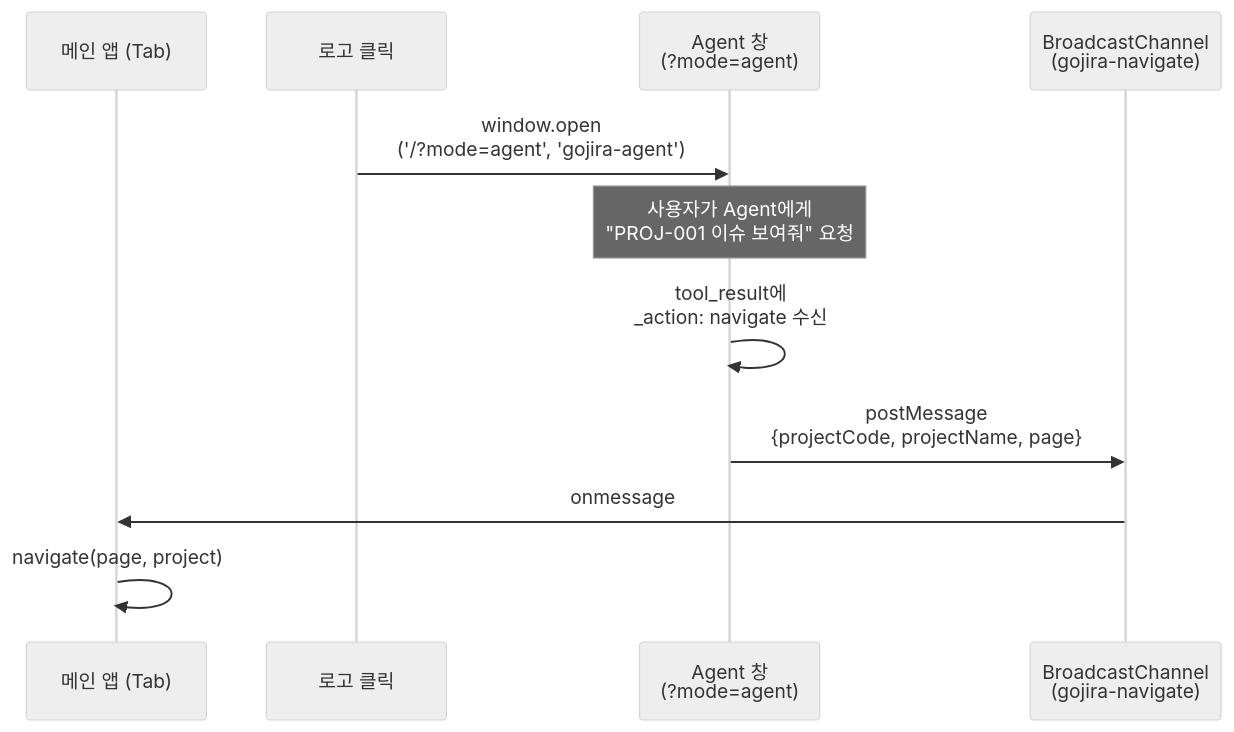
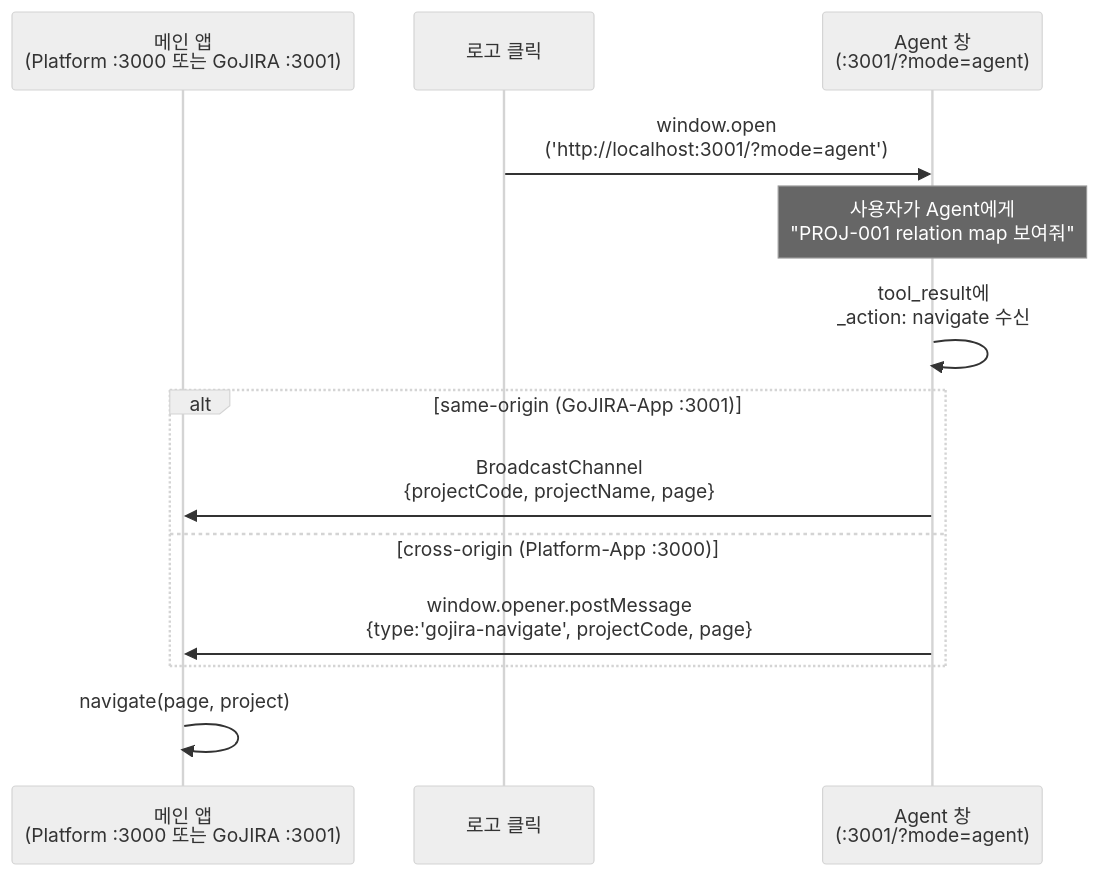
Before and after one commit to archi-duke/GoJIRA: the fifth of 6 diagrams in docs/design-application.md, drawn with Mermaid (neutral theme). The commit also changed other lines of this file and 3 other files, not shown here.

First line of the commit message:
설계문서 코드 일치 업데이트: 포트/컴포넌트 소유권/cross-origin 통신

````diff
--- a/docs/design-application.md
+++ b/docs/design-application.md
@@ -523,16 +527,20 @@
 ```mermaid
 sequenceDiagram
-    participant MainApp as 메인 앱 (Tab)
+    participant MainApp as 메인 앱<br/>(Platform :3000 또는 GoJIRA :3001)
     participant Logo as 로고 클릭
-    participant AgentWin as Agent 창<br/>(?mode=agent)
-    participant BC as BroadcastChannel<br/>(gojira-navigate)
+    participant AgentWin as Agent 창<br/>(:3001/?mode=agent)
 
-    Logo->>AgentWin: window.open<br/>('/?mode=agent', 'gojira-agent')
+    Logo->>AgentWin: window.open<br/>('http://localhost:3001/?mode=agent')
 
-    Note over AgentWin: 사용자가 Agent에게<br/>"PROJ-001 이슈 보여줘" 요청
+    Note over AgentWin: 사용자가 Agent에게<br/>"PROJ-001 relation map 보여줘"
 
     AgentWin->>AgentWin: tool_result에<br/>_action: navigate 수신
-    AgentWin->>BC: postMessage<br/>{projectCode, projectName, page}
-    BC->>MainApp: onmessage
+
+    alt same-origin (GoJIRA-App :3001)
+        AgentWin->>MainApp: BroadcastChannel<br/>{projectCode, projectName, page}
+    else cross-origin (Platform-App :3000)
+        AgentWin->>MainApp: window.opener.postMessage<br/>{type:'gojira-navigate', projectCode, page}
+    end
+
     MainApp->>MainApp: navigate(page, project)
 ```
````
